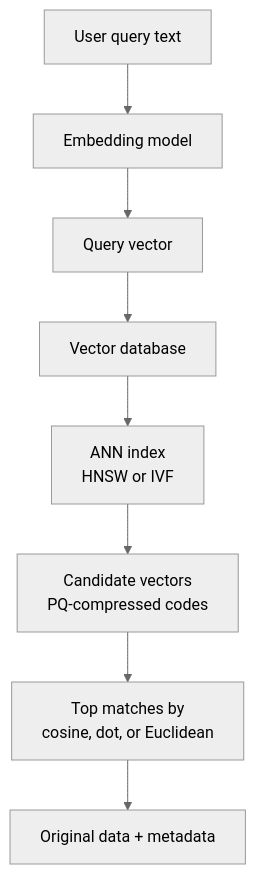
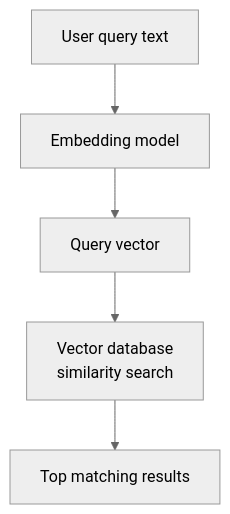
The first of 3 diagrams in notes/step-09-vector-search-and-retrieval-augmented-generation-rag/103-how-does-a-vector-database-work.md (kaisarnajar/outcome-school-blogs), drawn with Mermaid (neutral theme) before and after one commit. The commit also changed other lines of this file and 233 other files, not shown here.

````diff
--- a/notes/step-09-vector-search-and-retrieval-augmented-generation-rag/103-how-does-a-vector-database-work.md
+++ b/notes/step-09-vector-search-and-retrieval-augmented-generation-rag/103-how-does-a-vector-database-work.md
@@ -41,10 +39,7 @@
 ```mermaid
 flowchart TD
-    A["User query text"] --> B["Embedding model"]
-    B --> C["Query vector"]
-    C --> D["Vector database"]
-    D --> E["ANN index<br/>HNSW or IVF"]
-    E --> F["Candidate vectors<br/>PQ-compressed codes"]
-    F --> G["Top matches by<br/>cosine, dot, or Euclidean"]
-    G --> H["Original data + metadata"]
+    Q1["User query text"] --> E1["Embedding model"]
+    E1 --> V1["Query vector"]
+    V1 --> D1["Vector database<br/>similarity search"]
+    D1 --> R1["Top matching results"]
 ```
````
